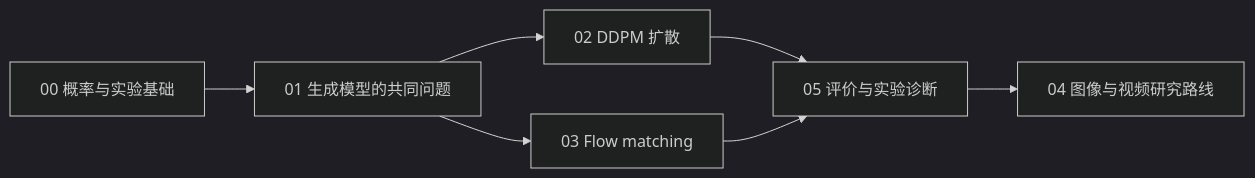
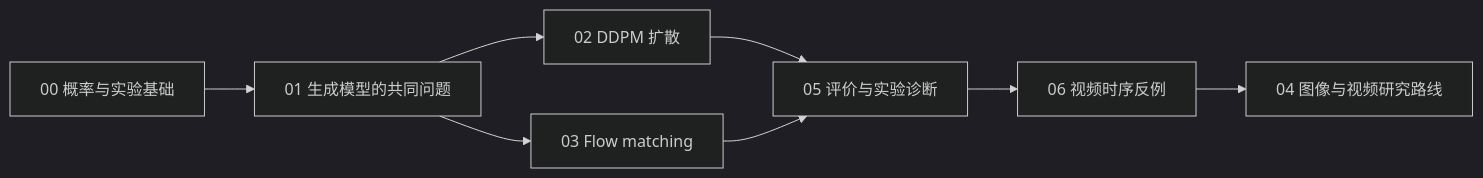
One commit to Fengyee/genai_study changed the diagram in docs/learning-path.md. Above: the diagram before and after it, drawn with Mermaid (dark theme). The commit also changed other lines of this file and 16 other files, not shown here.

````diff
--- a/docs/learning-path.md
+++ b/docs/learning-path.md
@@ -28,9 +28,10 @@
 ```mermaid
 flowchart LR
   A[00 概率与实验基础] --> B[01 生成模型的共同问题]
   B --> C[02 DDPM 扩散]
   B --> D[03 Flow matching]
   C --> F[05 评价与实验诊断]
   D --> F
-  F --> E[04 图像与视频研究路线]
+  F --> G[06 视频时序反例]
+  G --> E[04 图像与视频研究路线]
 ```
````
